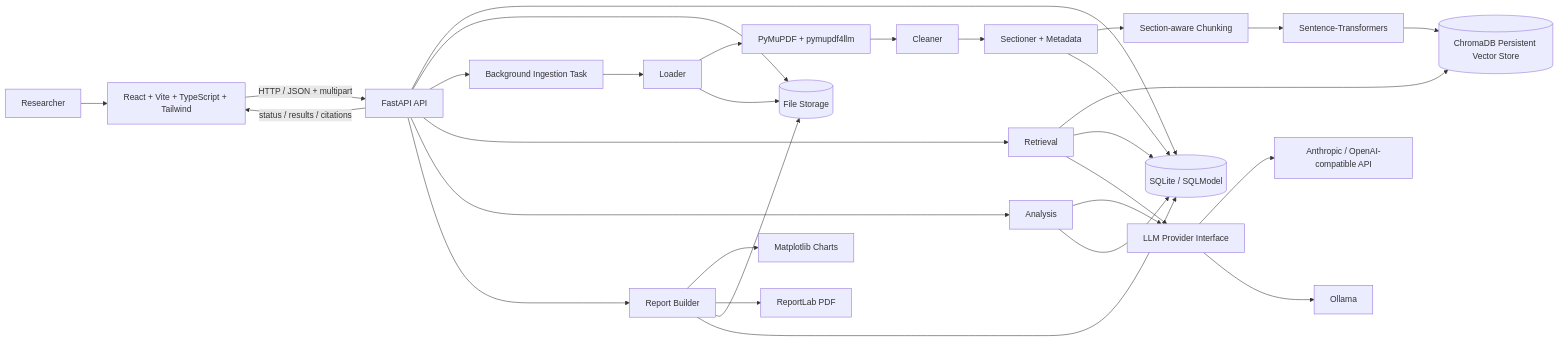
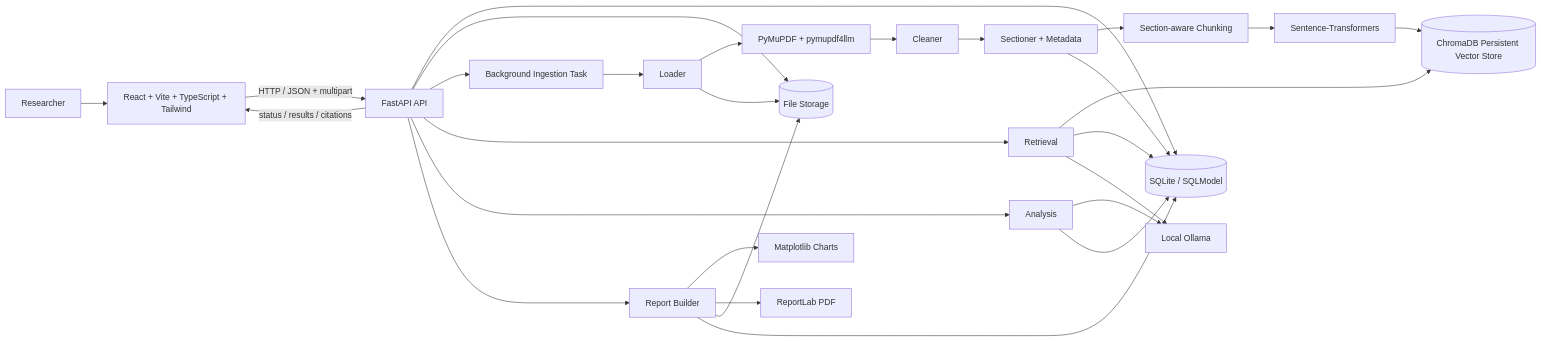
Before and after one commit to Subham-022/AI-Based-Reaserch-Paper-Analyst: the diagram in system_design.md, drawn with Mermaid. The commit also changed other lines of this file and 38 other files, not shown here.

````diff
--- a/system_design.md
+++ b/system_design.md
@@ -22,40 +22,38 @@
 ```mermaid
 flowchart LR
     U[Researcher] --> C[React + Vite + TypeScript + Tailwind]
 
     C -->|HTTP / JSON + multipart| API[FastAPI API]
 
     API --> DB[(SQLite / SQLModel)]
     API --> FS[(File Storage)]
     API --> JOB[Background Ingestion Task]
 
     JOB --> LOAD[Loader]
     LOAD --> PARSE[PyMuPDF + pymupdf4llm]
     PARSE --> CLEAN[Cleaner]
     CLEAN --> SEC[Sectioner + Metadata]
     SEC --> CHUNK[Section-aware Chunking]
     CHUNK --> EMB[Sentence-Transformers]
     EMB --> VS[(ChromaDB Persistent Vector Store)]
     SEC --> DB
     LOAD --> FS
 
     API --> RET[Retrieval]
     RET --> VS
     RET --> DB
 
-    RET --> LLM[LLM Provider Interface]
-    LLM --> AN[Anthropic / OpenAI-compatible API]
-    LLM --> OL[Ollama]
+    RET --> LLM[Local Ollama]
 
     API --> ANA[Analysis]
     ANA --> LLM
     ANA --> DB
 
     API --> REP[Report Builder]
     REP --> CH[Matplotlib Charts]
     REP --> PDF[ReportLab PDF]
     REP --> FS
     REP --> DB
 
     API -->|status / results / citations| C
 ```
````
